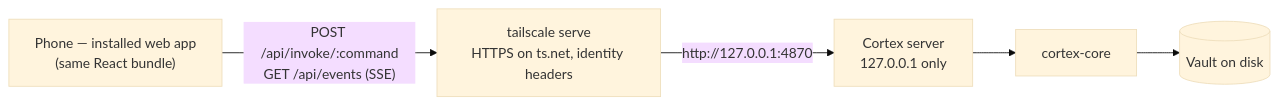
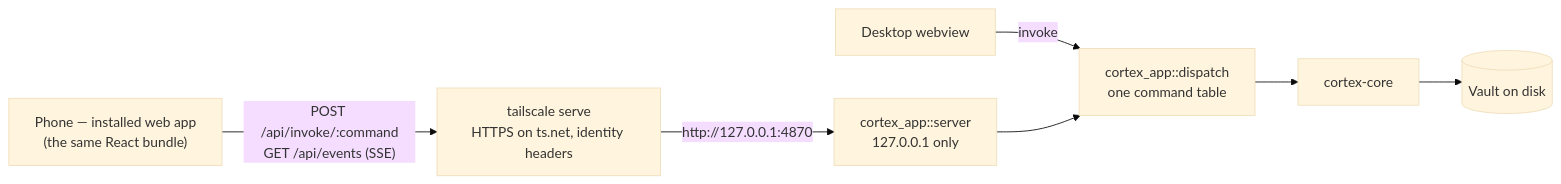
One commit to frontal-cortex/cortex changed the diagram in docs/SERVE.md. Above: the diagram before and after it, drawn with Mermaid (base theme). The commit also changed other lines of this file, not shown here.

````diff
--- a/docs/SERVE.md
+++ b/docs/SERVE.md
@@ -36,11 +105,15 @@
 ```mermaid
 flowchart LR
-  phone["Phone — installed web app<br/>(same React bundle)"]
+  phone["Phone — installed web app<br/>(the same React bundle)"]
   ts["tailscale serve<br/>HTTPS on ts.net, identity headers"]
-  srv["Cortex server<br/>127.0.0.1 only"]
+  srv["cortex_app::server<br/>127.0.0.1 only"]
+  desk["Desktop webview"]
+  app["cortex_app::dispatch<br/>one command table"]
   core["cortex-core"]
   vault[("Vault on disk")]
   phone -- "POST /api/invoke/:command<br/>GET /api/events (SSE)" --> ts
   ts -- "http://127.0.0.1:4870" --> srv
-  srv --> core --> vault
+  desk -- "invoke" --> app
+  srv --> app
+  app --> core --> vault
 ```
````
